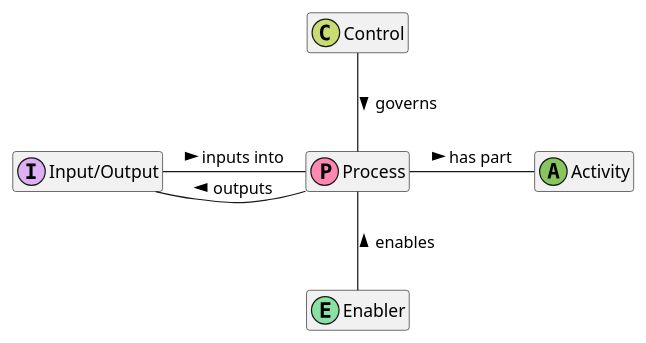
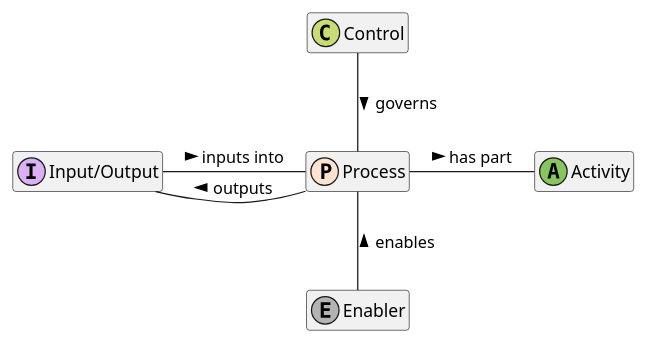
The diagram in ontology.puml (johnwelford/incoseHandbookModel), drawn with PlantUML before and after one commit.

```diff
--- a/ontology.puml
+++ b/ontology.puml
@@ -1,25 +1,25 @@
 @startuml
 'title INCOSE Handbook Ontology
 
 'scale 1000 width
 'skinparam packageStyle frame
 'skinparam linetype polyline
 'top to bottom direction
 hide empty members
 'hide circle
 'hide stereotype 
 
-' spare colours from the palette... #9EB9F3,#F6CF71,#66C5CC,#B497E7,#D3B484,#B3B3B3
+' spare colours from the palette... #9EB9F3,#F6CF71,#66C5CC,#B497E7,#D3B484,#8BE0A4
 
-class enabler as "Enabler" << (E,#8BE0A4) >> 
+class enabler as "Enabler" << (E,#B3B3B3) >> 
 class control as "Control"<< (C,#C9DB74) >>
 class io as "Input/Output" << (I,#DCB0F2) >>
 class activity as "Activity" << (A,#87C55F) >>
-class process as "Process" << (P,#FE88B1) >>
+class process as "Process" << (P,#FEE3D1) >>
 
 io - process : inputs into >
 process -- io : outputs >
 process - activity : has part >
 control -- process : governs >
 process -- enabler : enables <
 @enduml
```
